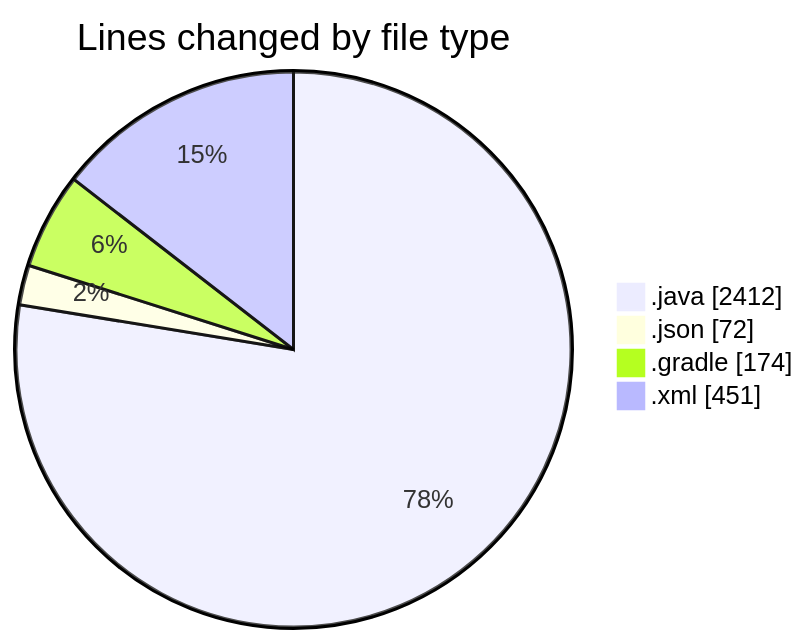
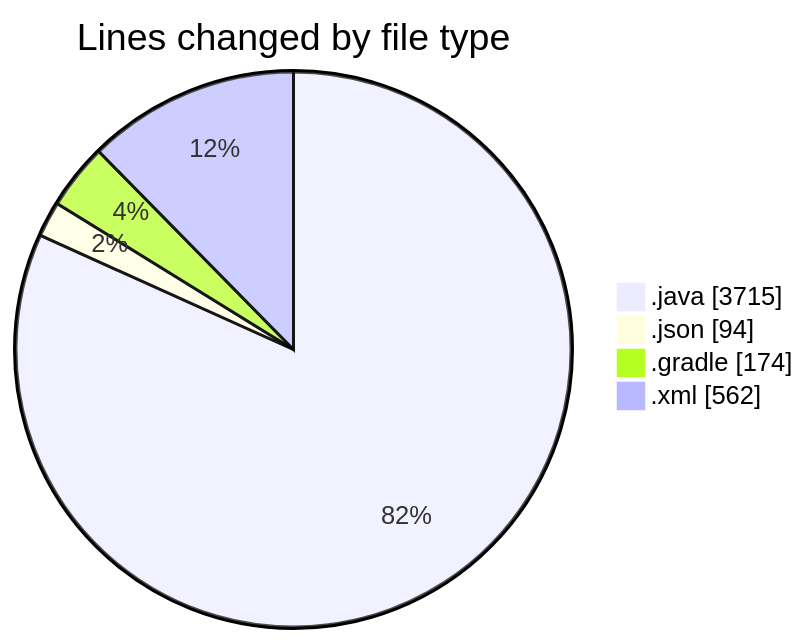
The first of 2 diagrams in 2025-02-22/micros/README.md (charlie-sans/code-tracking), drawn with Mermaid before and after one commit. The commit also changed other lines of this file and 1 other file, not shown here.

````diff
--- a/2025-02-22/micros/README.md
+++ b/2025-02-22/micros/README.md
@@ -42,8 +52,8 @@
 ```mermaid
 pie showData
 title Lines changed by file type
-".java" : 2412
-".json" : 72
+".java" : 3715
+".json" : 94
 ".gradle" : 174
-".xml" : 451
+".xml" : 562
 ```
````
